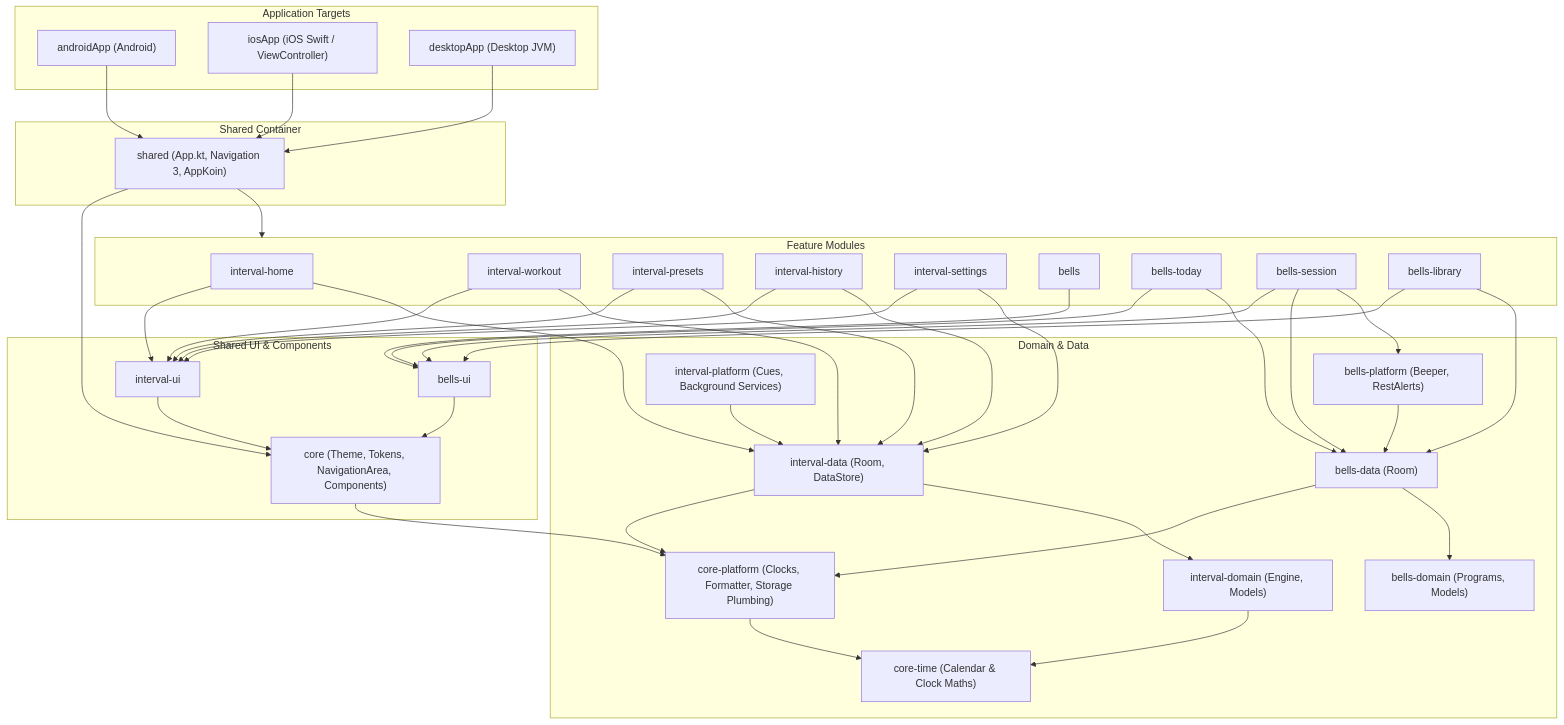
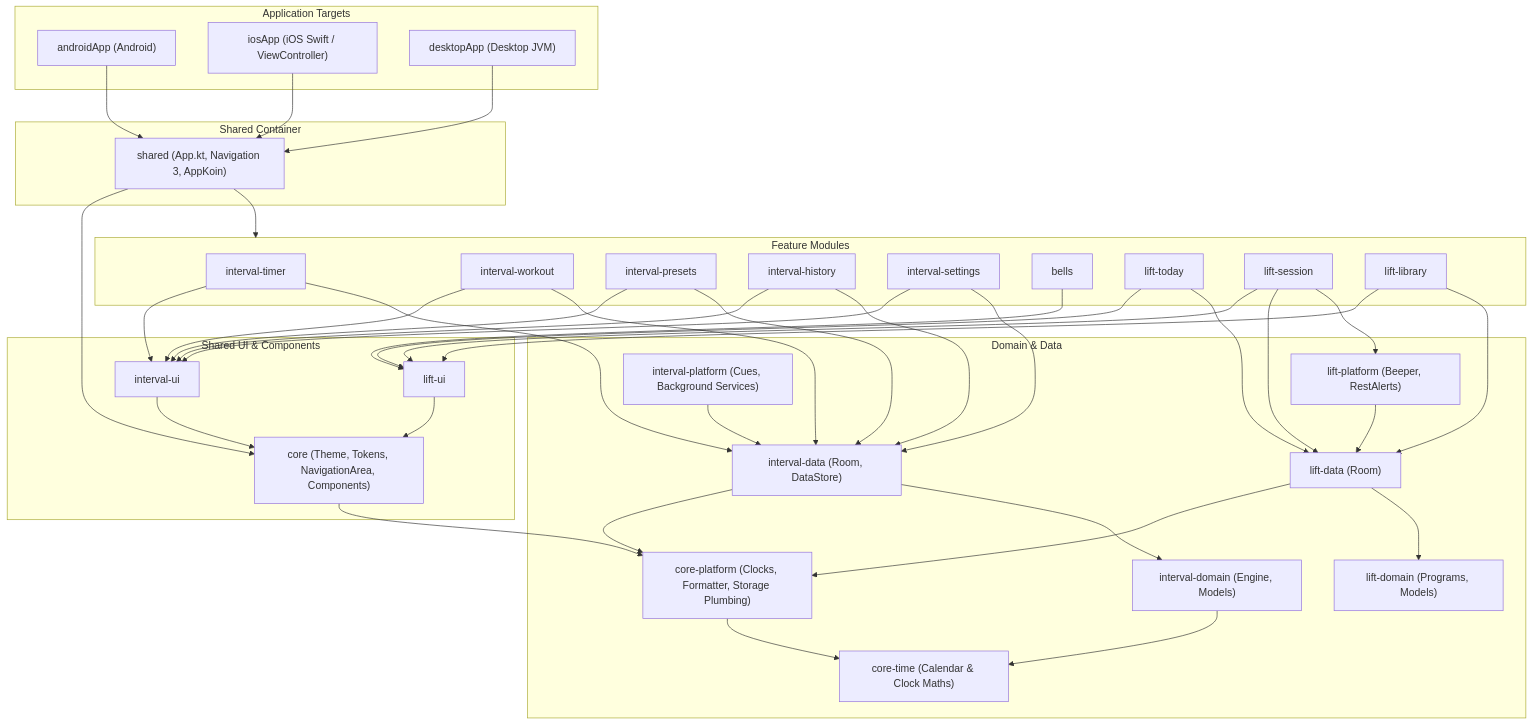
The first of 2 diagrams in docs/architecture.md (smithjustinn84-netizen/interval), drawn with Mermaid before and after one commit. The commit also changed other lines of this file and 509 other files, not shown here.

First line of the commit message:
Build: group modules into apps, core, interval, lift and tooling; rename bells-* to lift-*

```diff
--- a/docs/architecture.md
+++ b/docs/architecture.md
@@ -27,20 +27,20 @@
     end
 
     subgraph Features ["Feature Modules"]
-        Timer["interval-home"]
+        Timer["interval-timer"]
         Workout["interval-workout"]
         Presets["interval-presets"]
         History["interval-history"]
         Settings["interval-settings"]
         LiftEntry["bells"]
-        LiftToday["bells-today"]
-        LiftSession["bells-session"]
-        LiftLib["bells-library"]
+        LiftToday["lift-today"]
+        LiftSession["lift-session"]
+        LiftLib["lift-library"]
     end
 
     subgraph UI ["Shared UI & Components"]
         IntervalUI["interval-ui"]
-        BellsUI["bells-ui"]
+        BellsUI["lift-ui"]
         Core["core (Theme, Tokens, NavigationArea, Components)"]
     end
 
@@ -49,9 +49,9 @@
         IntervalDomain["interval-domain (Engine, Models)"]
         CorePlatform["core-platform (Clocks, Formatter, Storage Plumbing)"]
         CoreTime["core-time (Calendar & Clock Maths)"]
-        BellsData["bells-data (Room)"]
-        BellsPlatform["bells-platform (Beeper, RestAlerts)"]
-        BellsDomain["bells-domain (Programs, Models)"]
+        BellsData["lift-data (Room)"]
+        BellsPlatform["lift-platform (Beeper, RestAlerts)"]
+        BellsDomain["lift-domain (Programs, Models)"]
         IntervalPlatform["interval-platform (Cues, Background Services)"]
     end
 
```
